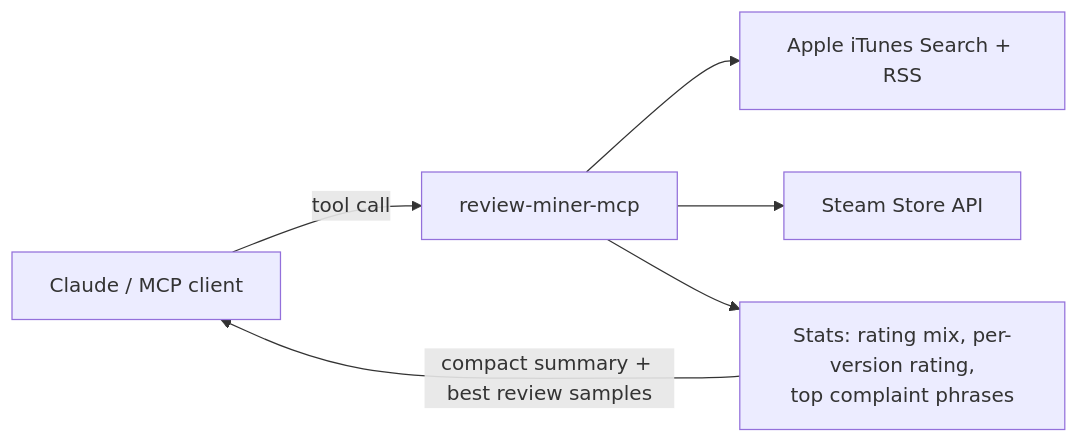
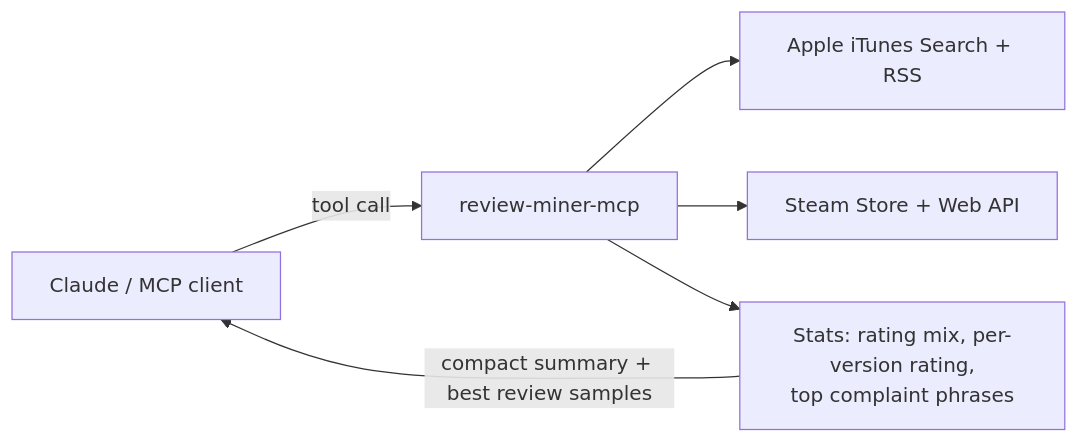
Before and after one commit to alialtunar/review-miner-mcp: the diagram in README.md, drawn with Mermaid. The commit also changed other lines of this file and 5 other files, not shown here.

First line of the commit message:
feat(steam): 100-deep weekly top sellers and most played charts via Steam Web API

````diff
--- a/README.md
+++ b/README.md
@@ -31,8 +31,8 @@
 ```mermaid
 flowchart LR
     C[Claude / MCP client] -->|tool call| S[review-miner-mcp]
     S --> A[Apple iTunes Search + RSS]
-    S --> T[Steam Store API]
+    S --> T[Steam Store + Web API]
     S --> X[Stats: rating mix, per-version rating,<br/>top complaint phrases]
     X -->|compact summary + best review samples| C
 ```
````
